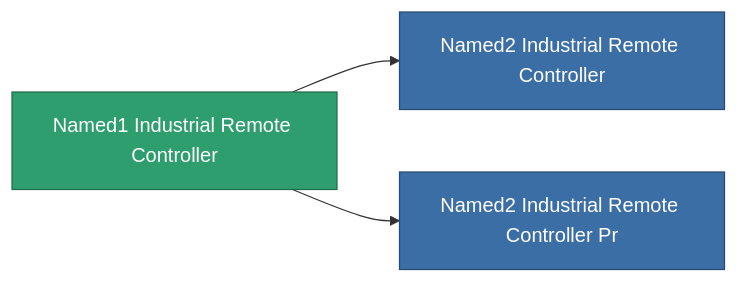
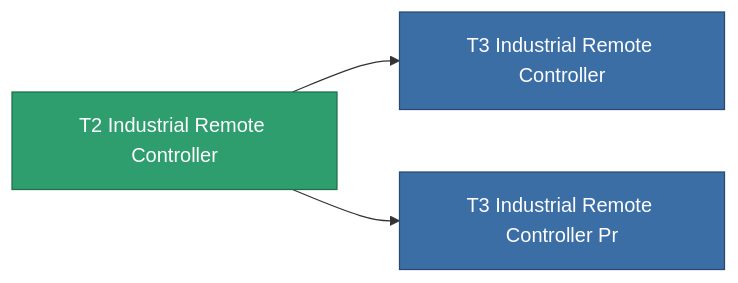
Before and after one commit to OpenPerpetuum/Wiki: the diagram in content/content/items/named1_industrial_remote_controller.md, drawn with Mermaid. The commit also changed other lines of this file and 4904 other files, not shown here.

````diff
--- a/content/content/items/named1_industrial_remote_controller.md
+++ b/content/content/items/named1_industrial_remote_controller.md
@@ -74,13 +58,13 @@
 ```mermaid
 graph LR
-    a["Named1 Industrial Remote Controller"]:::current
-    b["Named2 Industrial Remote Controller"]:::prod
+    a["T2 Industrial Remote Controller"]:::current
+    b["T3 Industrial Remote Controller"]:::prod
     a --> b
-    click b "/content/items/named2-industrial-remote-controller/" "Named2 Industrial Remote Controller"
-    c["Named2 Industrial Remote Controller Pr"]:::prod
+    click b "/content/items/named2-industrial-remote-controller/" "T3 Industrial Remote Controller"
+    c["T3 Industrial Remote Controller Pr"]:::prod
     a --> c
-    click c "/content/items/named2-industrial-remote-controller-pr/" "Named2 Industrial Remote Controller Pr"
+    click c "/content/items/named2-industrial-remote-controller-pr/" "T3 Industrial Remote Controller Pr"
     classDef current fill:#2f9e6f,stroke:#1f6f4a,color:#ffffff
     classDef prod fill:#3b6ea5,stroke:#274a75,color:#ffffff
     classDef more fill:#39445a,stroke:#54658a,color:#d5dbe8
 ```
````
